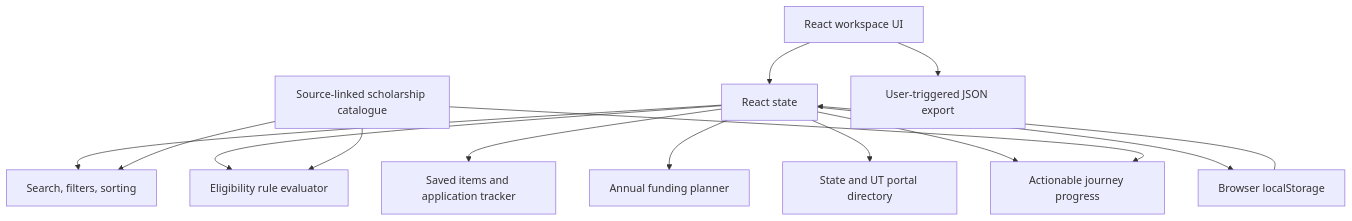
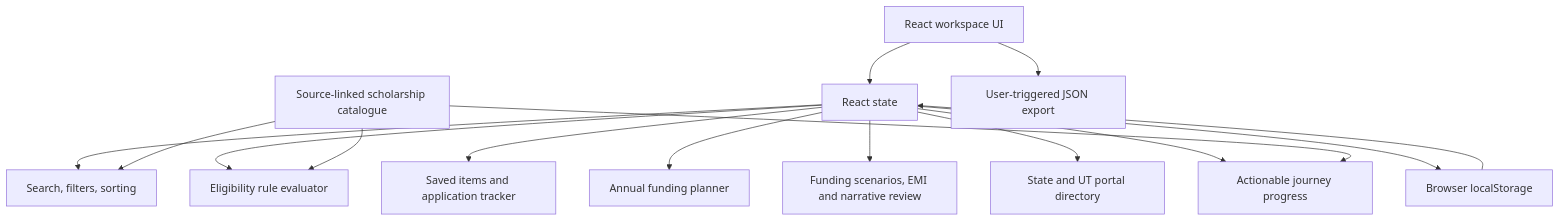
The diagram in ARCHITECTURE.md (PSP-YN/Grantly), drawn with Mermaid before and after one commit.

Commit message:
docs: correct funding intelligence line formatting

````diff
--- a/ARCHITECTURE.md
+++ b/ARCHITECTURE.md
@@ -7,16 +7,17 @@
 ```mermaid
 flowchart TD
   UI[React workspace UI] --> State[React state]
   State --> Discovery[Search, filters, sorting]
   State --> Eligibility[Eligibility rule evaluator]
   State --> Tracker[Saved items and application tracker]
   State --> Planner[Annual funding planner]
+  State --> Intelligence[Funding scenarios, EMI and narrative review]
   State --> Portal[State and UT portal directory]
   State --> Journey[Actionable journey progress]
   State --> Storage[Browser localStorage]
   Catalogue[Source-linked scholarship catalogue] --> Discovery
   Catalogue --> Eligibility
   Catalogue --> Journey
   Storage --> State
   UI --> Export[User-triggered JSON export]
 ```
````
